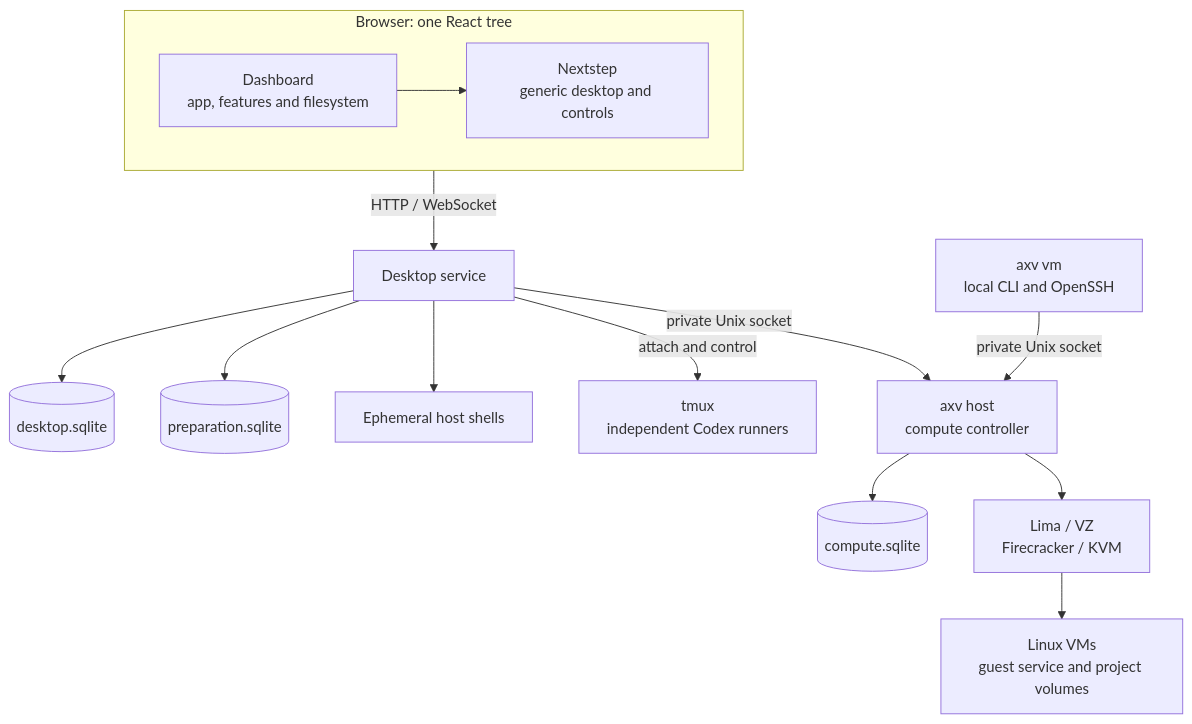
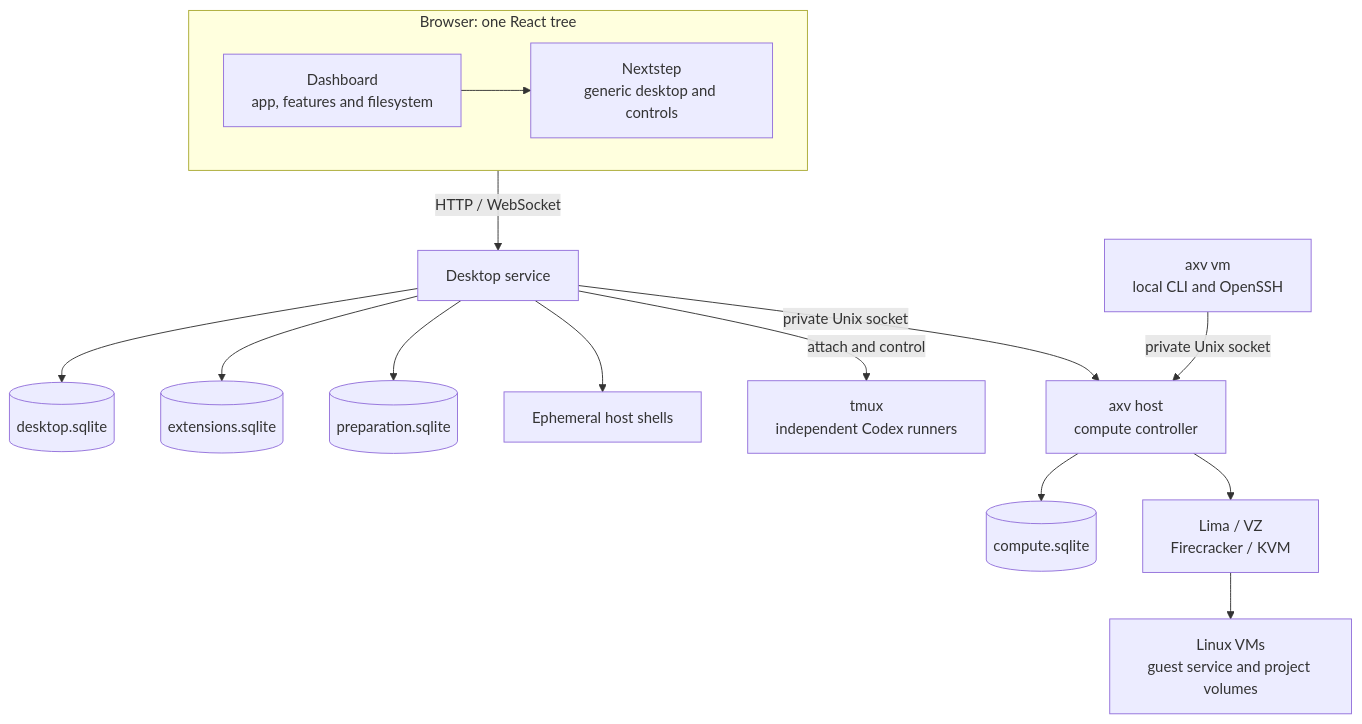
One commit to cofy-x/axv changed the diagram in docs/architecture.md. Above: the diagram before and after it, drawn with Mermaid. The commit also changed other lines of this file and 70 other files, not shown here.

````diff
--- a/docs/architecture.md
+++ b/docs/architecture.md
@@ -7,19 +7,20 @@
 ```mermaid
 flowchart TB
     subgraph Browser["Browser: one React tree"]
         direction LR
         Dashboard["Dashboard<br/>app, features and filesystem"]
         Desktop["Nextstep<br/>generic desktop and controls"]
         Dashboard --> Desktop
     end
     Browser -->|HTTP / WebSocket| API["Desktop service"]
     API --> Documents[(desktop.sqlite)]
+    API --> Extensions[(extensions.sqlite)]
     API --> Preparation[(preparation.sqlite)]
     API --> Shell["Ephemeral host shells"]
     API -->|attach and control| Codex["tmux<br/>independent Codex runners"]
     API -->|private Unix socket| Host["axv host<br/>compute controller"]
     CLI["axv vm<br/>local CLI and OpenSSH"] -->|private Unix socket| Host
     Host --> Compute[(compute.sqlite)]
     Host --> Providers["Lima / VZ<br/>Firecracker / KVM"]
     Providers --> VM["Linux VMs<br/>guest service and project volumes"]
 ```
````
